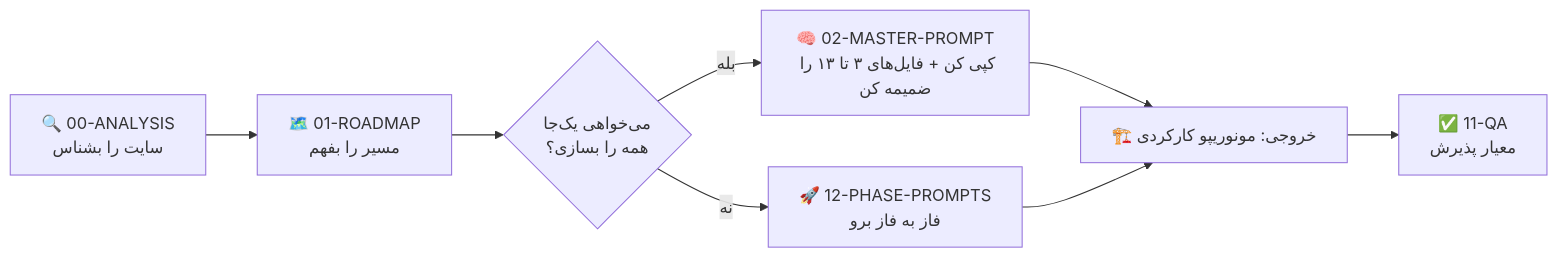
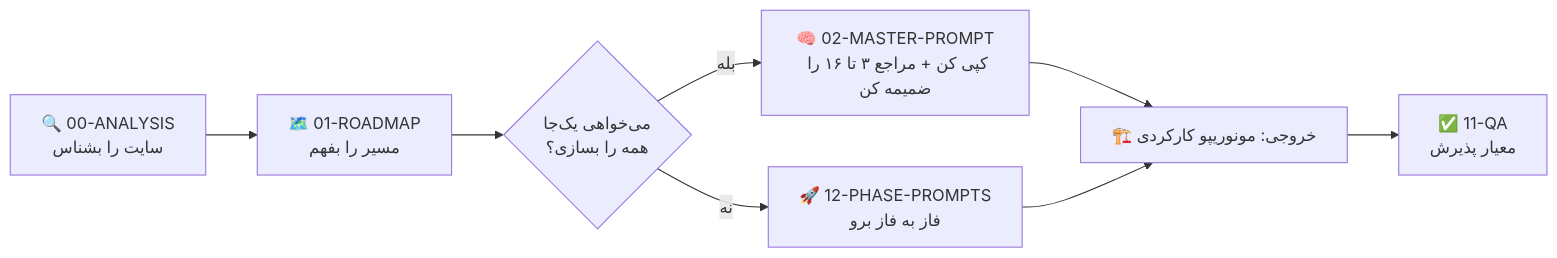
The diagram in patturn-rebuild/README.md (pranses2011/Sahand_Patturn), drawn with Mermaid before and after one commit. The commit also changed other lines of this file, not shown here.

Commit message:
تصحیح شمار چک‌لیست و پیوست‌های پرامپت در فهرست بستهٔ مرجع [skip ci]
- فایل و بخش تغییرکرده: patturn-rebuild/README.md؛ همگام‌سازی فهرست با۵۰ وظیفهٔ افزوده و الزام ضمیمهٔ تحلیل SolidVents؛ هیچ وضعیت تکمیلی تغییر نکرده است
- علت و هدف: درخواست کاربر برای تحلیل مستند SolidVents، پوشش تمام قابلیت‌های عمومی و برنامه‌ریزی اجرایی بدون حذف نیازمندی‌های قبلی.
- جزئیات قرارداد: پیوند به شناسه‌های SV و تفکیک قابلیت برنامه‌ریزی‌شده از کد موجود؛ منابع عمومی مرجع هستند، نه مجوز کپی کد یا دارایی.
- بررسی و آزمون: متن و مسیر فایل بررسی و git diff --check اجرا شد؛ نتیجهٔ آزمون یکپارچه فقط در تحویل نهایی گزارش می‌شود.
- محدودیت‌ها و ادامه: کامیت میانی آمادهٔ انتشار نیست؛ تکمیل سایر فایل‌ها، آزمون‌ها، افزایش هماهنگ نسخه و انتشار وب/ویندوز برای HEAD نهایی لازم است.

````diff
--- a/patturn-rebuild/README.md
+++ b/patturn-rebuild/README.md
@@ -61,10 +61,10 @@
 ```mermaid
 flowchart LR
     A["🔍 00-ANALYSIS<br/>سایت را بشناس"] --> B["🗺️ 01-ROADMAP<br/>مسیر را بفهم"]
     B --> C{"می‌خواهی یک‌جا<br/>همه را بسازی؟"}
-    C -- بله --> D["🧠 02-MASTER-PROMPT<br/>کپی کن + فایل‌های ۳ تا ۱۳ را ضمیمه کن"]
+    C -- بله --> D["🧠 02-MASTER-PROMPT<br/>کپی کن + مراجع ۳ تا ۱۶ را ضمیمه کن"]
     C -- نه --> E["🚀 12-PHASE-PROMPTS<br/>فاز به فاز برو"]
     D --> F["🏗️ خروجی: مونوریپو کارکردی"]
     E --> F
     F --> G["✅ 11-QA<br/>معیار پذیرش"]
 ```
````
